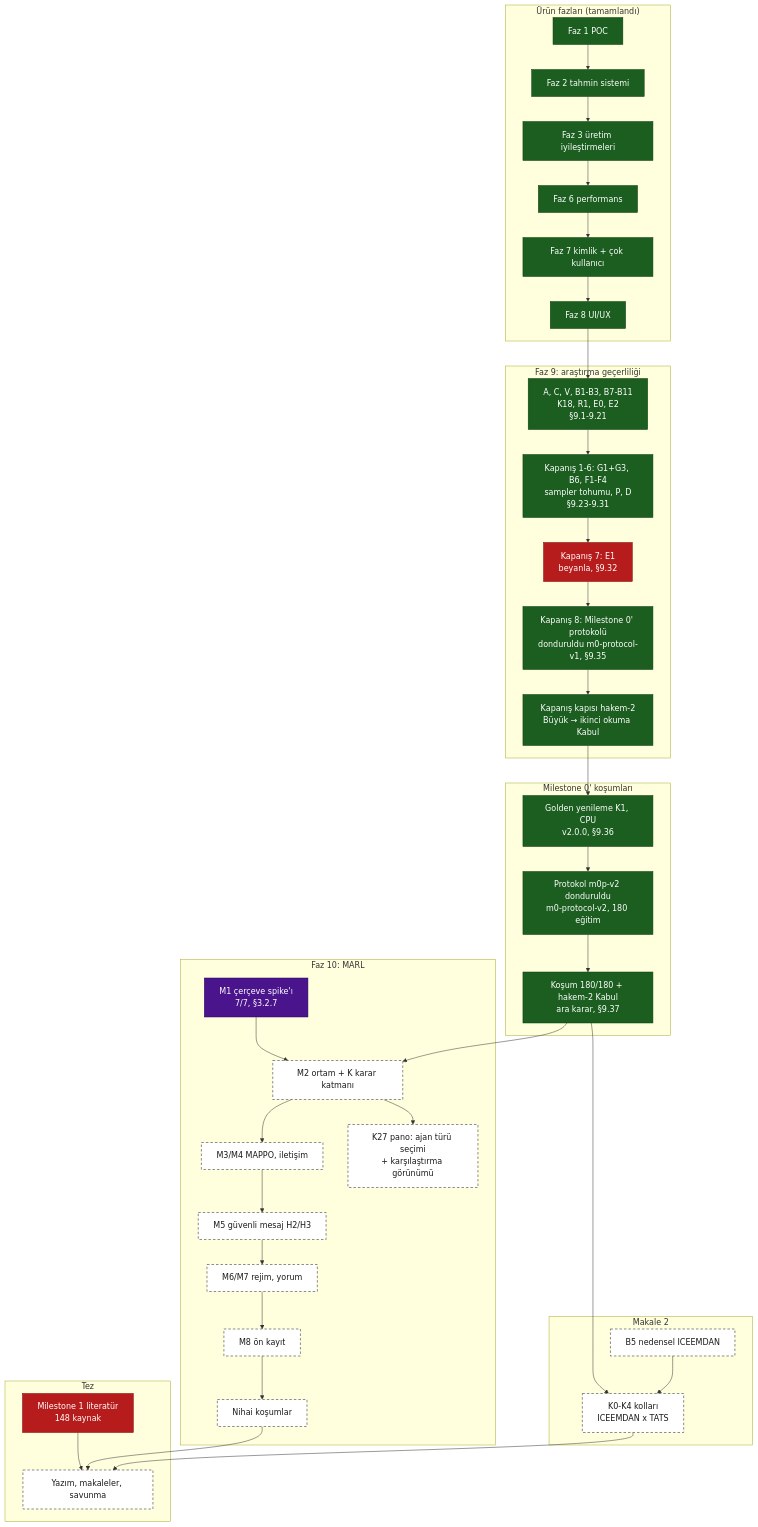
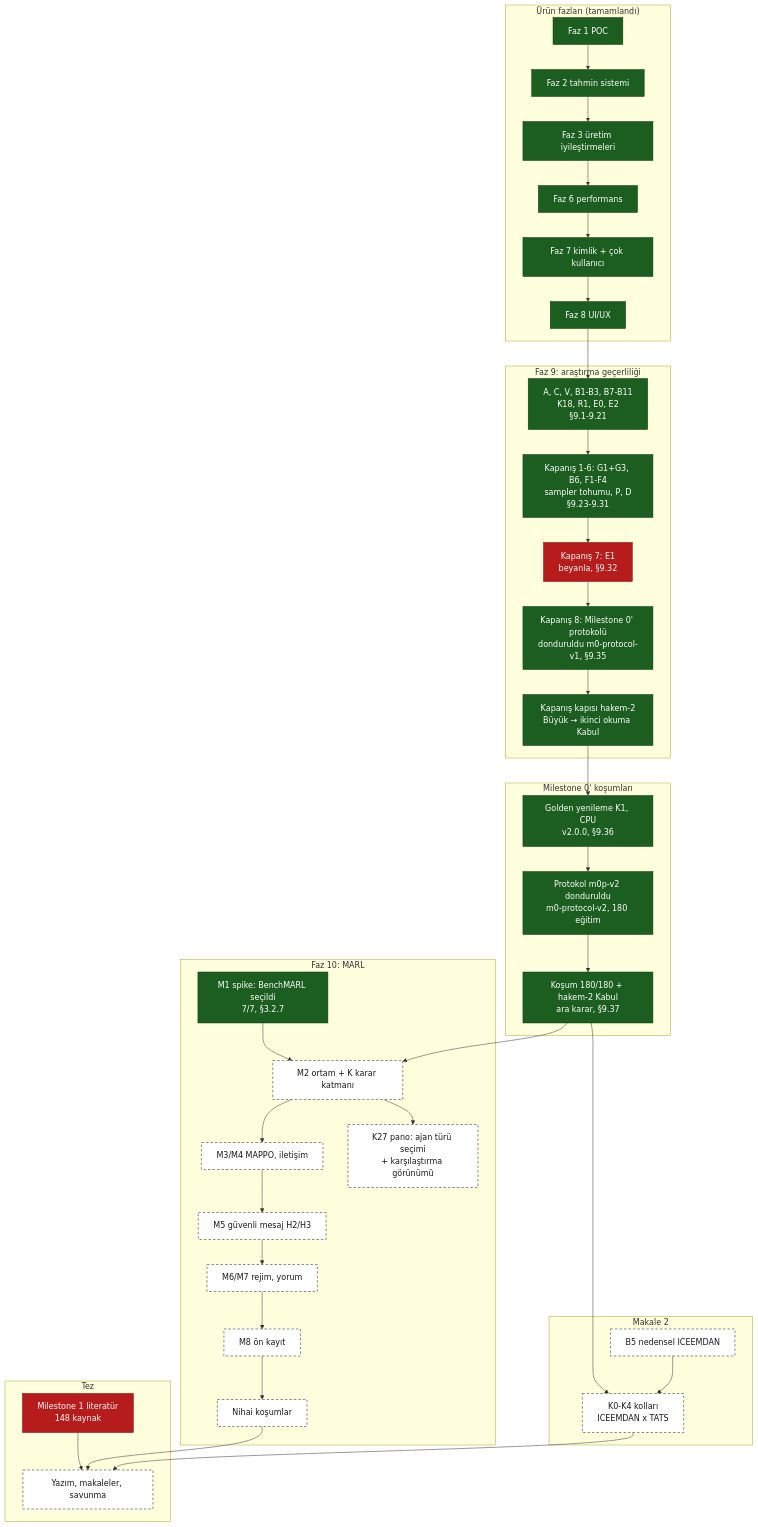
Before and after one commit to softdevcan/RL-Trading-Project: the second of 2 diagrams in docs/development/system-map.md, drawn with Mermaid. The commit also changed other lines of this file and 1 other file, not shown here.

Commit message:
docs: sistem haritasi M1 bitti (BenchMARL), surum 2.2.0

````diff
--- a/docs/development/system-map.md
+++ b/docs/development/system-map.md
@@ -112,63 +112,63 @@
 ```mermaid
 flowchart TB
   classDef done fill:#1b5e20,stroke:#0b3d10,color:#ffffff
   classDef partial fill:#b71c1c,stroke:#7f0000,color:#ffffff
   classDef active fill:#8a4b00,stroke:#5a3000,color:#ffffff
   classDef decision fill:#4a148c,stroke:#2a0060,color:#ffffff
   classDef planned fill:#ffffff,stroke:#1a1a1a,stroke-dasharray:5 4,color:#1a1a1a
 
   subgraph URUN["Ürün fazları (tamamlandı)"]
     F1["Faz 1 POC"]:::done
     F2["Faz 2 tahmin sistemi"]:::done
     F3["Faz 3 üretim iyileştirmeleri"]:::done
     F6["Faz 6 performans"]:::done
     F7["Faz 7 kimlik + çok kullanıcı"]:::done
     F8["Faz 8 UI/UX"]:::done
   end
 
   subgraph F9["Faz 9: araştırma geçerliliği"]
     P9A["A, C, V, B1-B3, B7-B11<br/>K18, R1, E0, E2<br/>§9.1-9.21"]:::done
     P9B["Kapanış 1-6: G1+G3, B6, F1-F4<br/>sampler tohumu, P, D<br/>§9.23-9.31"]:::done
     P9E["Kapanış 7: E1<br/>beyanla, §9.32"]:::partial
     P9M["Kapanış 8: Milestone 0' protokolü<br/>donduruldu m0-protocol-v1, §9.35"]:::done
     H2["Kapanış kapısı hakem-2<br/>Büyük → ikinci okuma Kabul"]:::done
   end
 
   subgraph M0["Milestone 0' koşumları"]
     GOLD["Golden yenileme K1, CPU<br/>v2.0.0, §9.36"]:::done
     PRE["Protokol m0p-v2 donduruldu<br/>m0-protocol-v2, 180 eğitim"]:::done
     FIN["Koşum 180/180 + hakem-2 Kabul<br/>ara karar, §9.37"]:::done
   end
 
   subgraph M2P["Makale 2"]
     B5["B5 nedensel ICEEMDAN"]:::planned
     K0K4["K0-K4 kolları<br/>ICEEMDAN x TATS"]:::planned
   end
 
   subgraph F10["Faz 10: MARL"]
-    M1["M1 çerçeve spike'ı<br/>7/7, §3.2.7"]:::decision
+    M1["M1 spike: BenchMARL seçildi<br/>7/7, §3.2.7"]:::done
     M2["M2 ortam + K karar katmanı"]:::planned
     M34["M3/M4 MAPPO, iletişim"]:::planned
     M5["M5 güvenli mesaj H2/H3"]:::planned
     M67["M6/M7 rejim, yorum"]:::planned
     M8["M8 ön kayıt"]:::planned
     FINAL["Nihai koşumlar"]:::planned
     K27["K27 pano: ajan türü seçimi<br/>+ karşılaştırma görünümü"]:::planned
   end
 
   subgraph TEZ["Tez"]
     T1["Milestone 1 literatür<br/>148 kaynak"]:::partial
     T4["Yazım, makaleler, savunma"]:::planned
   end
 
   F1 --> F2 --> F3 --> F6 --> F7 --> F8 --> P9A --> P9B --> P9E --> P9M --> H2
   H2 --> GOLD --> PRE --> FIN
   FIN --> K0K4
   B5 --> K0K4
   M1 --> M2
   FIN --> M2 --> M34 --> M5 --> M67 --> M8 --> FINAL
   M2 --> K27
   T1 --> T4
   FINAL --> T4
   K0K4 --> T4
 ```
````
